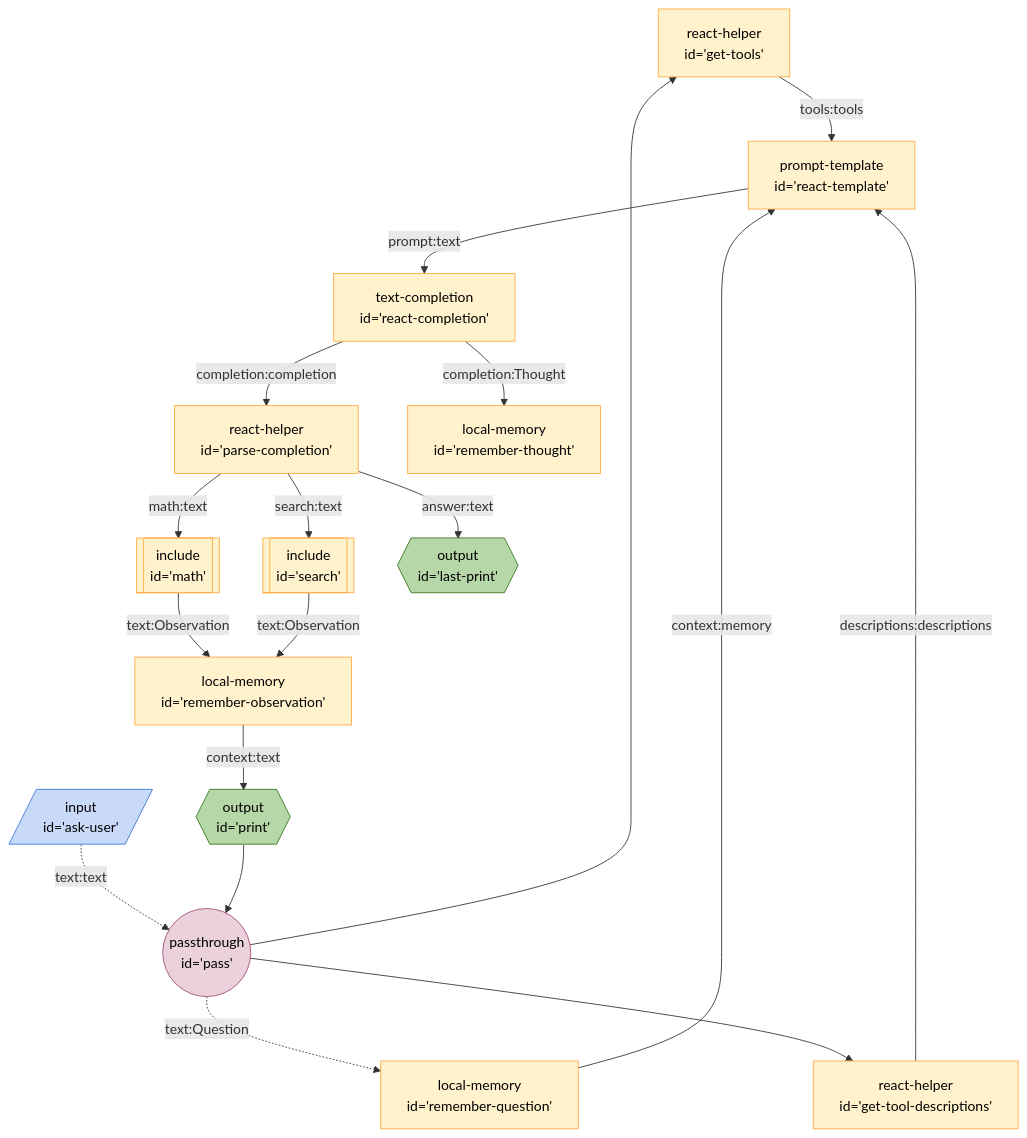
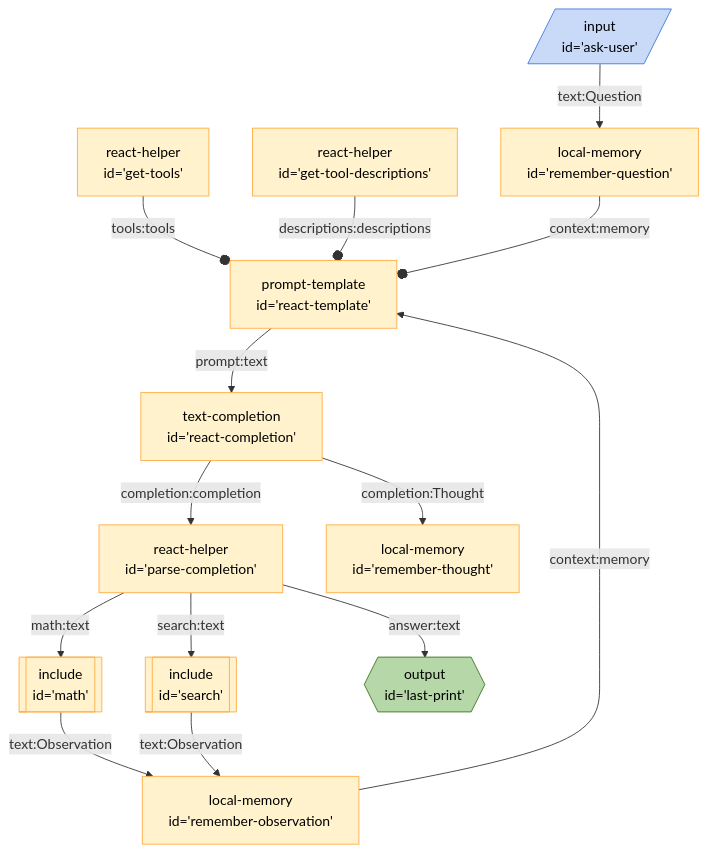
The diagram in seeds/graph-playground/docs/graphs/react-with-include.md (breadboard-ai/breadboard), drawn with Mermaid before and after one commit. The commit also changed 2 other files, not shown here.

Commit message:
[graphs] Bring `react-with-include` up to speed.

````diff
--- a/seeds/graph-playground/docs/graphs/react-with-include.md
+++ b/seeds/graph-playground/docs/graphs/react-with-include.md
@@ -4,61 +4,49 @@
 ```mermaid
 %%{init: 'themeVariables': { 'fontFamily': 'Fira Code, monospace' }}}%%
 graph TD;
 gettools["react-helper
-id='get-tools'"] -- tools:tools --> reacttemplate["prompt-template
+id='get-tools'"] -- tools:tools --o reacttemplate["prompt-template
 id='react-template'"]
 gettooldescriptions["react-helper
-id='get-tool-descriptions'"] -- descriptions:descriptions --> reacttemplate["prompt-template
+id='get-tool-descriptions'"] -- descriptions:descriptions --o reacttemplate["prompt-template
 id='react-template'"]
 askuser[/"input
-id='ask-user'"/]:::input -. text:text .-> pass(("passthrough
-id='pass'")):::passthrough
-pass(("passthrough
-id='pass'")):::passthrough --> gettools["react-helper
-id='get-tools'"]
-pass(("passthrough
-id='pass'")):::passthrough -. text:Question .-> rememberquestion["local-memory
+id='ask-user'"/]:::input -- text:Question --> rememberquestion["local-memory
 id='remember-question'"]
 rememberquestion["local-memory
-id='remember-question'"] -- context:memory --> reacttemplate["prompt-template
+id='remember-question'"] -- context:memory --o reacttemplate["prompt-template
 id='react-template'"]
-pass(("passthrough
-id='pass'")):::passthrough --> gettooldescriptions["react-helper
-id='get-tool-descriptions'"]
 reacttemplate["prompt-template
 id='react-template'"] -- prompt:text --> reactcompletion["text-completion
 id='react-completion'"]
 reactcompletion["text-completion
 id='react-completion'"] -- completion:completion --> parsecompletion["react-helper
 id='parse-completion'"]
 reactcompletion["text-completion
 id='react-completion'"] -- completion:Thought --> rememberthought["local-memory
 id='remember-thought'"]
 parsecompletion["react-helper
 id='parse-completion'"] -- search:text --> search[["include
 id='search'"]]:::include
 parsecompletion["react-helper
 id='parse-completion'"] -- math:text --> math[["include
 id='math'"]]:::include
 math[["include
 id='math'"]]:::include -- text:Observation --> rememberobservation["local-memory
 id='remember-observation'"]
 search[["include
 id='search'"]]:::include -- text:Observation --> rememberobservation["local-memory
 id='remember-observation'"]
 rememberobservation["local-memory
-id='remember-observation'"] -- context:text --> print{{"output
-id='print'"}}:::output
-print{{"output
-id='print'"}}:::output --> pass(("passthrough
-id='pass'")):::passthrough
+id='remember-observation'"] -- context:memory --> reacttemplate["prompt-template
+id='react-template'"]
 parsecompletion["react-helper
 id='parse-completion'"] -- answer:text --> lastprint{{"output
 id='last-print'"}}:::output
 classDef default stroke:#ffab40,fill:#fff2ccff,color:#000
 classDef input stroke:#3c78d8,fill:#c9daf8ff,color:#000
 classDef output stroke:#38761d,fill:#b6d7a8ff,color:#000
 classDef passthrough stroke:#a64d79,fill:#ead1dcff,color:#000
 classDef slot stroke:#a64d79,fill:#ead1dcff,color:#000
 classDef slotted stroke:#a64d79
 ```
````
